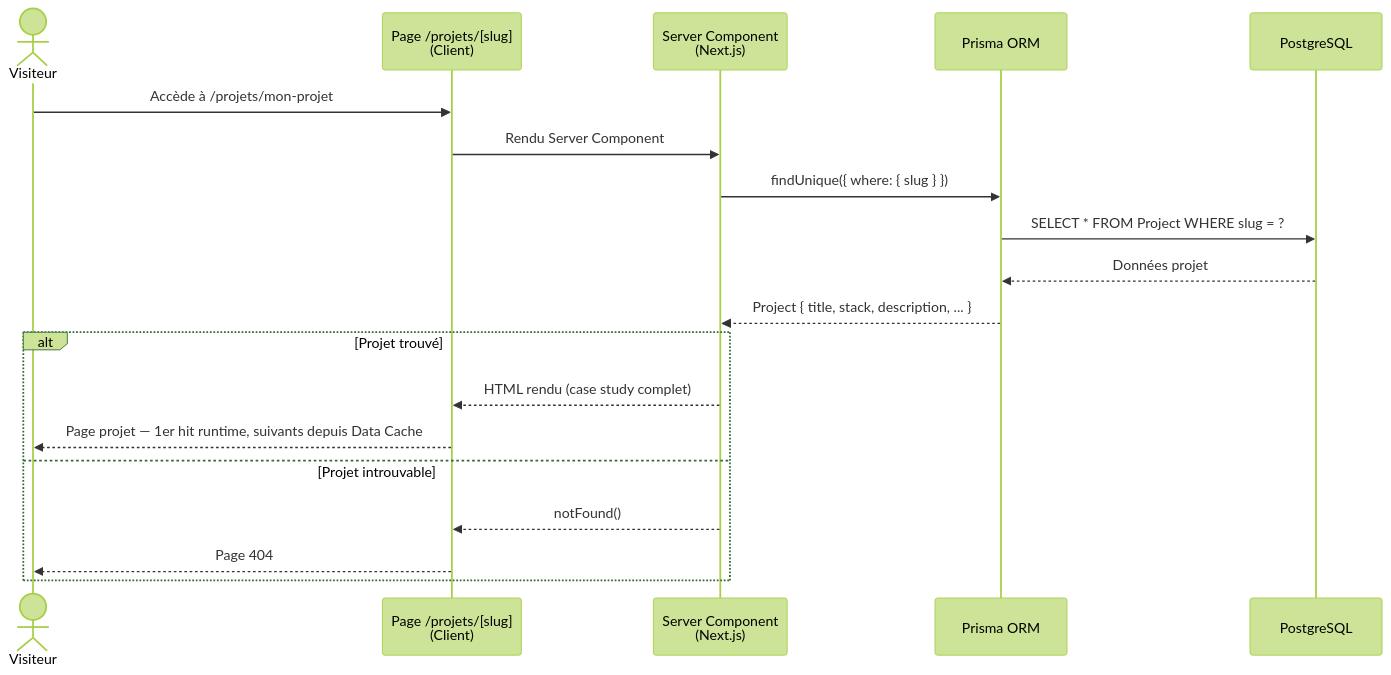
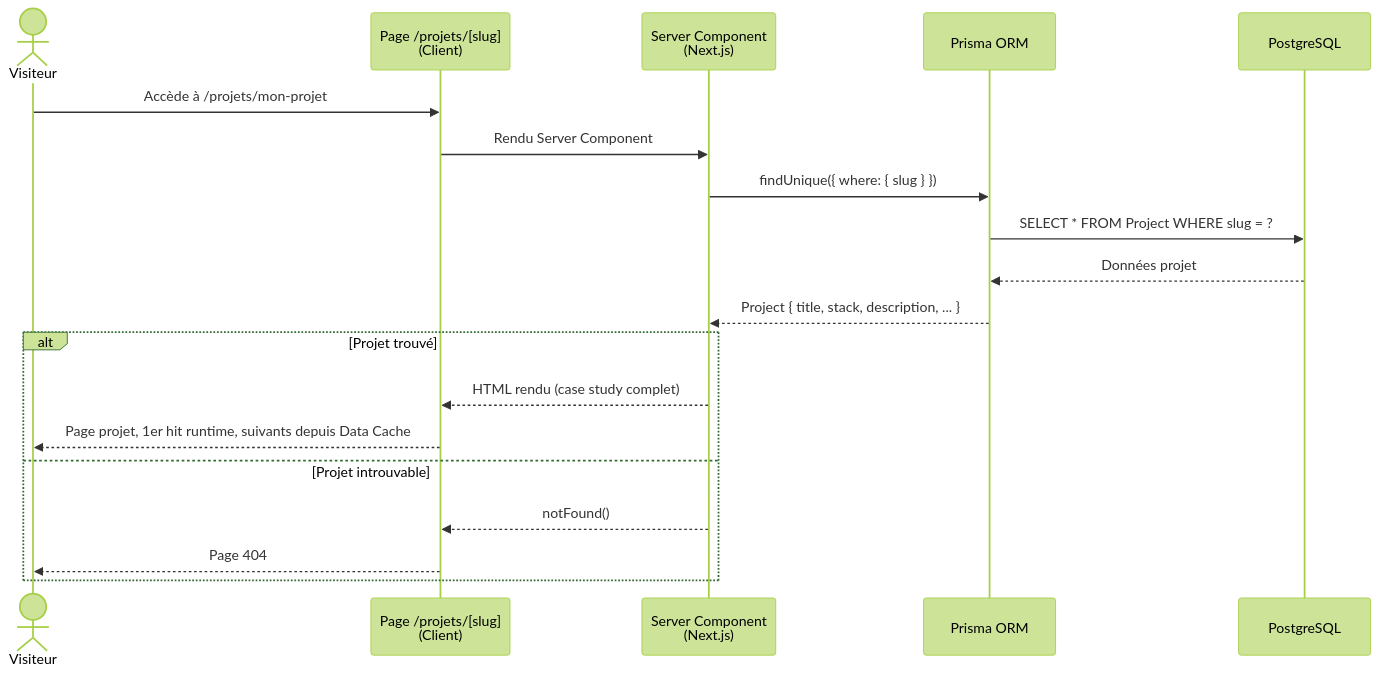
One commit to thibaud57/thibaud-geisler-portfolio changed the third of 3 diagrams in docs/ARCHITECTURE.md. Above: the diagram before and after it, drawn with Mermaid (forest theme). The commit also changed other lines of this file and 41 other files, not shown here.

````diff
--- a/docs/ARCHITECTURE.md
+++ b/docs/ARCHITECTURE.md
@@ -320,22 +338,22 @@
 ```mermaid
 sequenceDiagram
     actor Visiteur
     participant Page as Page /projets/[slug]<br>(Client)
     participant SC as Server Component<br>(Next.js)
     participant Prisma as Prisma ORM
     participant PG as PostgreSQL
 
     Visiteur->>Page: Accède à /projets/mon-projet
     Page->>SC: Rendu Server Component
     SC->>Prisma: findUnique({ where: { slug } })
     Prisma->>PG: SELECT * FROM Project WHERE slug = ?
     PG-->>Prisma: Données projet
     Prisma-->>SC: Project { title, stack, description, ... }
     alt Projet trouvé
         SC-->>Page: HTML rendu (case study complet)
-        Page-->>Visiteur: Page projet — 1er hit runtime, suivants depuis Data Cache
+        Page-->>Visiteur: Page projet, 1er hit runtime, suivants depuis Data Cache
     else Projet introuvable
         SC-->>Page: notFound()
         Page-->>Visiteur: Page 404
     end
 ```
````
